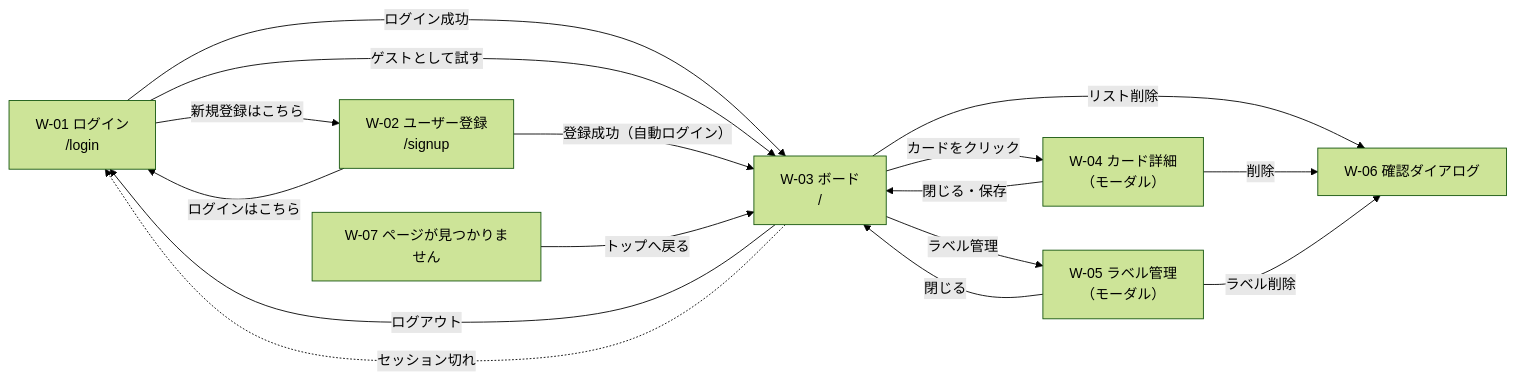
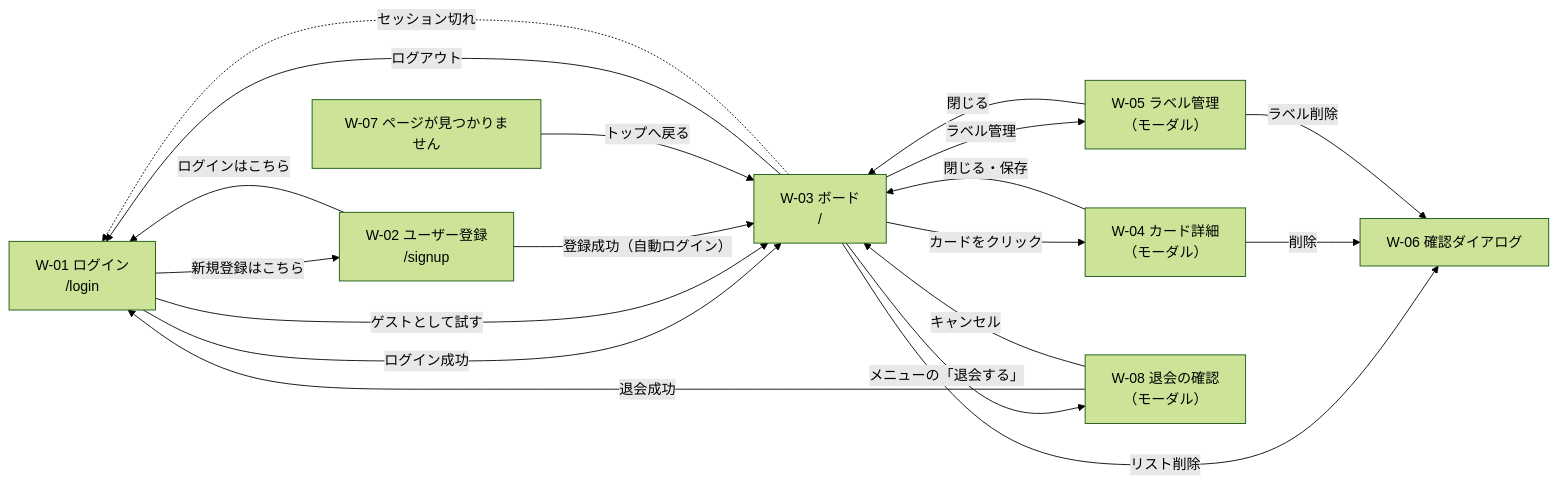
Before and after one commit to keiwebcreate/raise-tech-beginner-edition: the diagram in docs/screen-design.md, drawn with Mermaid (forest theme). The commit also changed other lines of this file and 4 other files, not shown here.

````diff
--- a/docs/screen-design.md
+++ b/docs/screen-design.md
@@ -30,26 +31,30 @@
 ```mermaid
 flowchart LR
     login["W-01 ログイン<br>/login"]
     signup["W-02 ユーザー登録<br>/signup"]
     board["W-03 ボード<br>/"]
     card["W-04 カード詳細<br>（モーダル）"]
     label["W-05 ラベル管理<br>（モーダル）"]
     confirm["W-06 確認ダイアログ"]
     notfound["W-07 ページが見つかりません"]
+    withdraw["W-08 退会の確認<br>（モーダル）"]
 
     login -- "ログイン成功" --> board
     login -- "ゲストとして試す" --> board
     login -- "新規登録はこちら" --> signup
     signup -- "登録成功（自動ログイン）" --> board
     signup -- "ログインはこちら" --> login
     board -- "カードをクリック" --> card
     board -- "ラベル管理" --> label
     board -- "リスト削除" --> confirm
     card -- "削除" --> confirm
     card -- "閉じる・保存" --> board
     label -- "閉じる" --> board
     label -- "ラベル削除" --> confirm
     board -- "ログアウト" --> login
+    board -- "メニューの「退会する」" --> withdraw
+    withdraw -- "退会成功" --> login
+    withdraw -- "キャンセル" --> board
     board -. "セッション切れ" .-> login
     notfound -- "トップへ戻る" --> board
 ```
````
